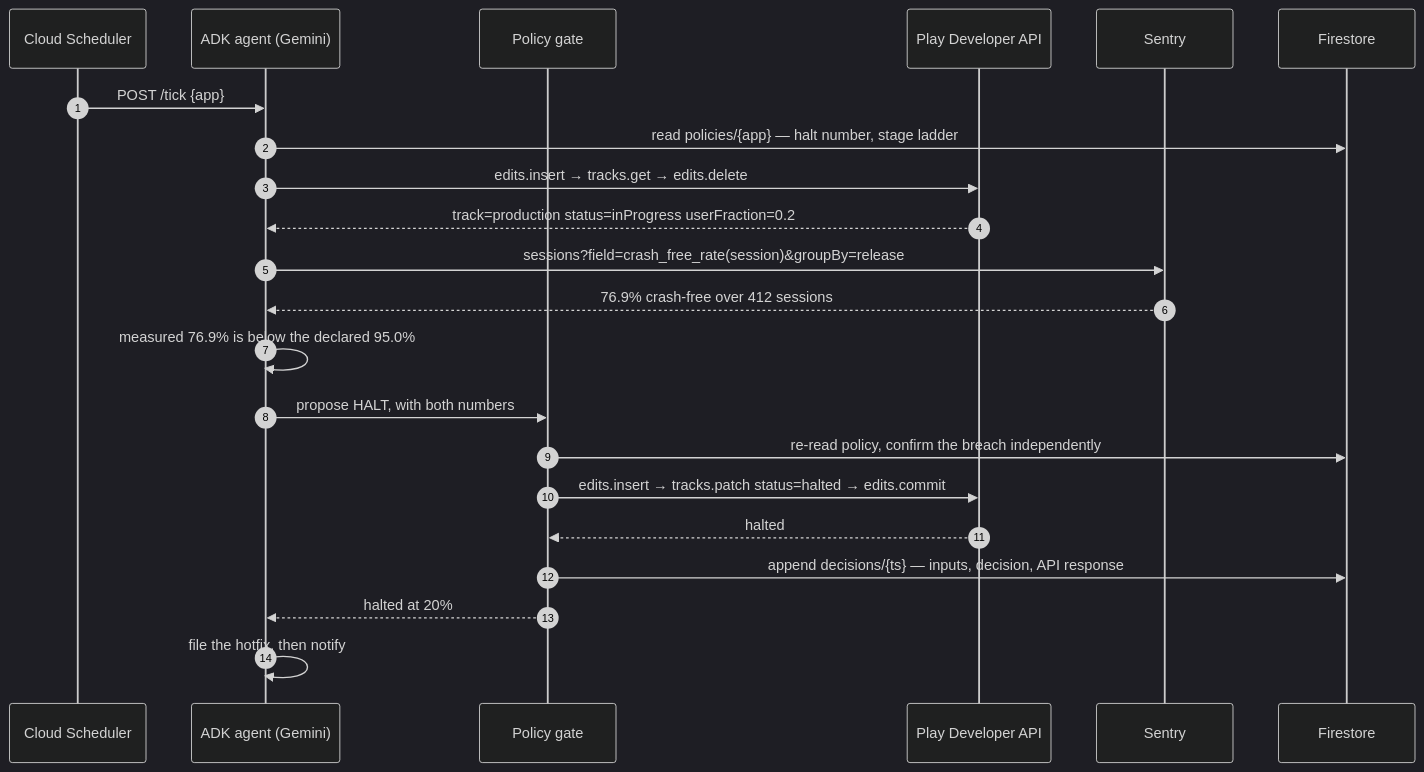
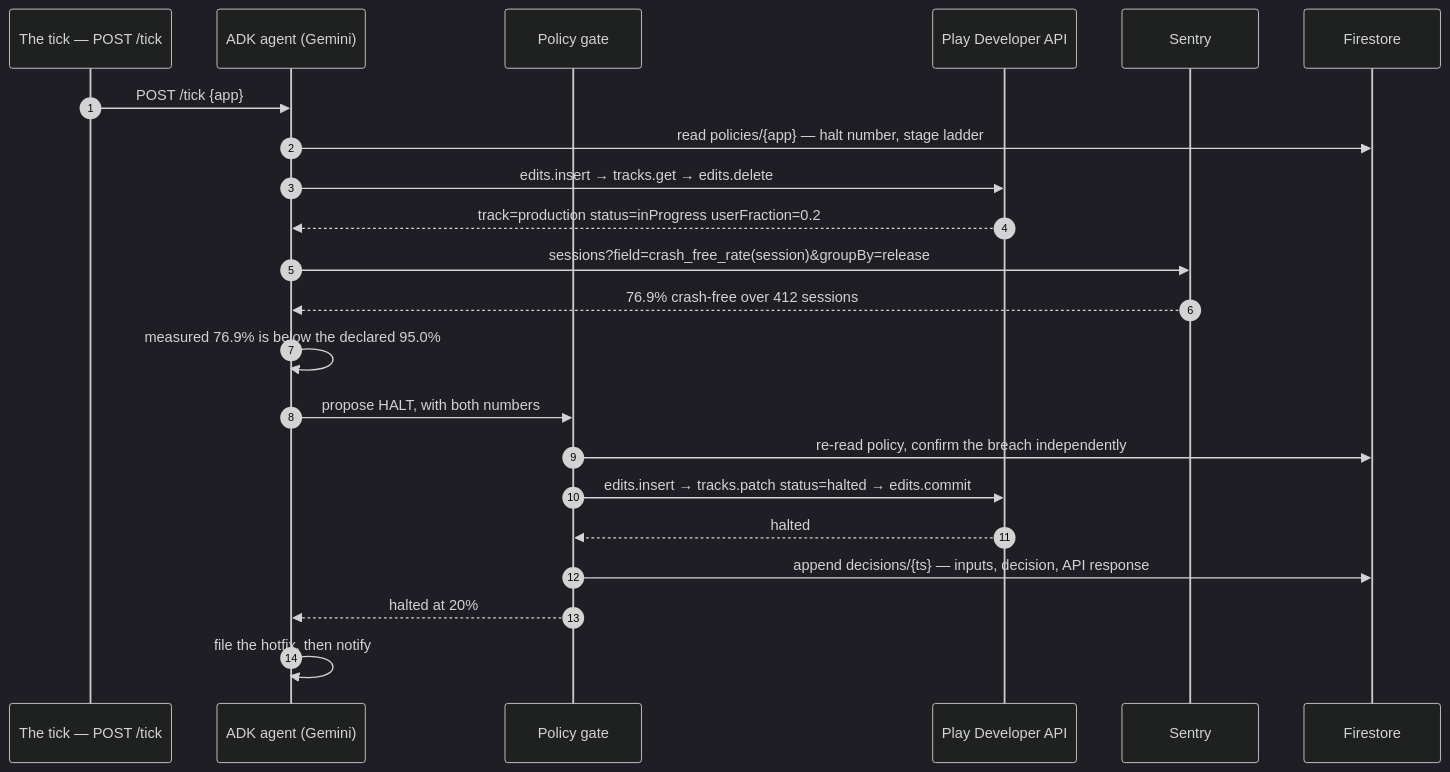
The second of 2 diagrams in README.md (jtmuller5/rollout-marshal), drawn with Mermaid (dark theme) before and after one commit. The commit also changed other lines of this file and 5 other files, not shown here.

````diff
--- a/README.md
+++ b/README.md
@@ -234,25 +249,25 @@
 ```mermaid
 sequenceDiagram
   autonumber
-  participant S as Cloud Scheduler
+  participant S as The tick — POST /tick
   participant A as ADK agent (Gemini)
   participant G as Policy gate
   participant P as Play Developer API
   participant Y as Sentry
   participant F as Firestore
 
   S->>A: POST /tick {app}
   A->>F: read policies/{app} — halt number, stage ladder
   A->>P: edits.insert → tracks.get → edits.delete
   P-->>A: track=production status=inProgress userFraction=0.2
   A->>Y: sessions?field=crash_free_rate(session)&groupBy=release
   Y-->>A: 76.9% crash-free over 412 sessions
   A->>A: measured 76.9% is below the declared 95.0%
   A->>G: propose HALT, with both numbers
   G->>F: re-read policy, confirm the breach independently
   G->>P: edits.insert → tracks.patch status=halted → edits.commit
   P-->>G: halted
   G->>F: append decisions/{ts} — inputs, decision, API response
   G-->>A: halted at 20%
   A->>A: file the hotfix, then notify
 ```
````
